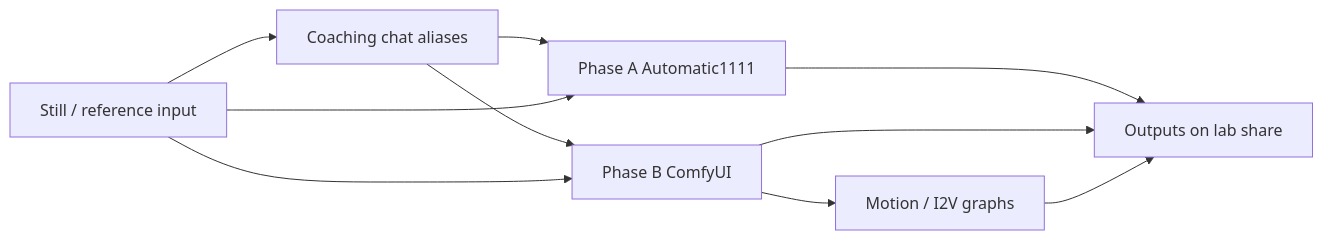
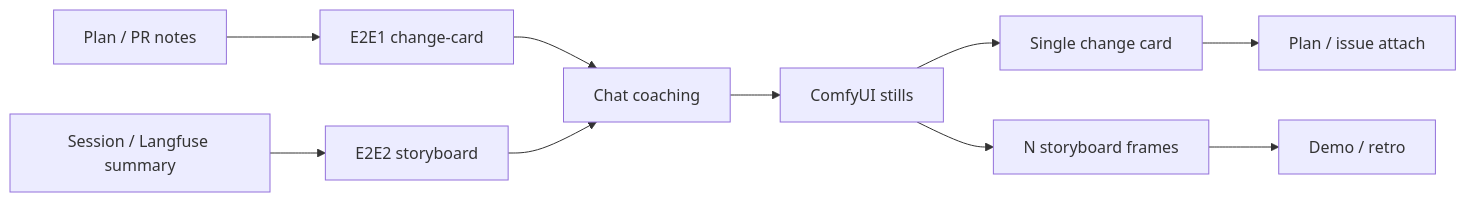
The second of 3 diagrams in docs/plans/2026-08-06--comfyui-lab-setup-diagrams-implemented/README.md (doesitscript/dotfile-vnext), drawn with Mermaid before and after one commit. The commit also changed other lines of this file and 107 other files, not shown here.

Commit message:
docs(plans): move lab diagrams into plan packets

````diff
--- a/docs/plans/2026-08-06--comfyui-lab-setup-diagrams-implemented/README.md
+++ b/docs/plans/2026-08-06--comfyui-lab-setup-diagrams-implemented/README.md
@@ -136,19 +176,12 @@
 ```mermaid
 flowchart LR
-  stillIn[Still / reference input]
-  coach[Coaching chat aliases]
-  phaseA[Phase A Automatic1111]
-  phaseB[Phase B ComfyUI]
-  motion[Motion / I2V graphs]
-  out[Outputs on lab share]
-
-  stillIn --> coach
-  coach --> phaseA
-  coach --> phaseB
-  stillIn --> phaseA
-  stillIn --> phaseB
-  phaseB --> motion
-  phaseA --> out
-  phaseB --> out
-  motion --> out
+  notes[Plan / PR notes] --> s1[E2E1 change-card]
+  session[Session / Langfuse summary] --> s2[E2E2 storyboard]
+  s1 --> coach[Chat coaching]
+  s2 --> coach
+  coach --> comfy[ComfyUI stills]
+  comfy --> card[Single change card]
+  comfy --> frames[N storyboard frames]
+  card --> attach[Plan / issue attach]
+  frames --> demo[Demo / retro]
 ```
````
